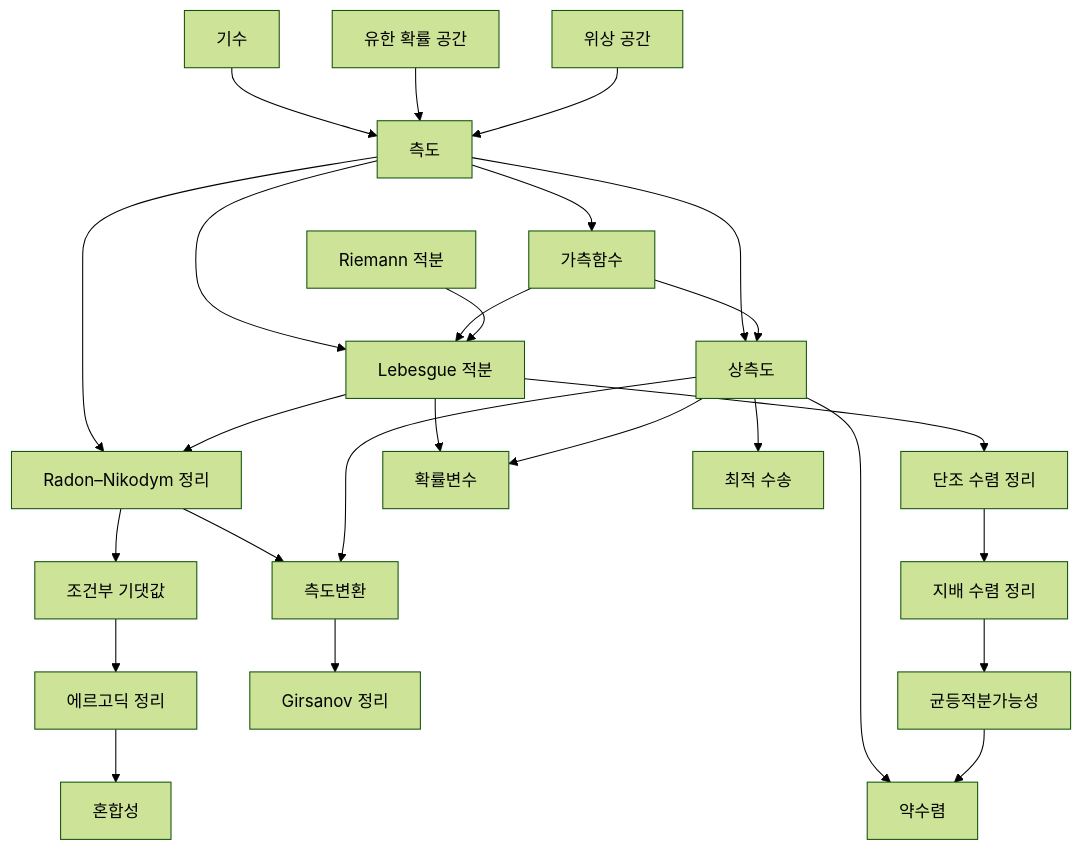
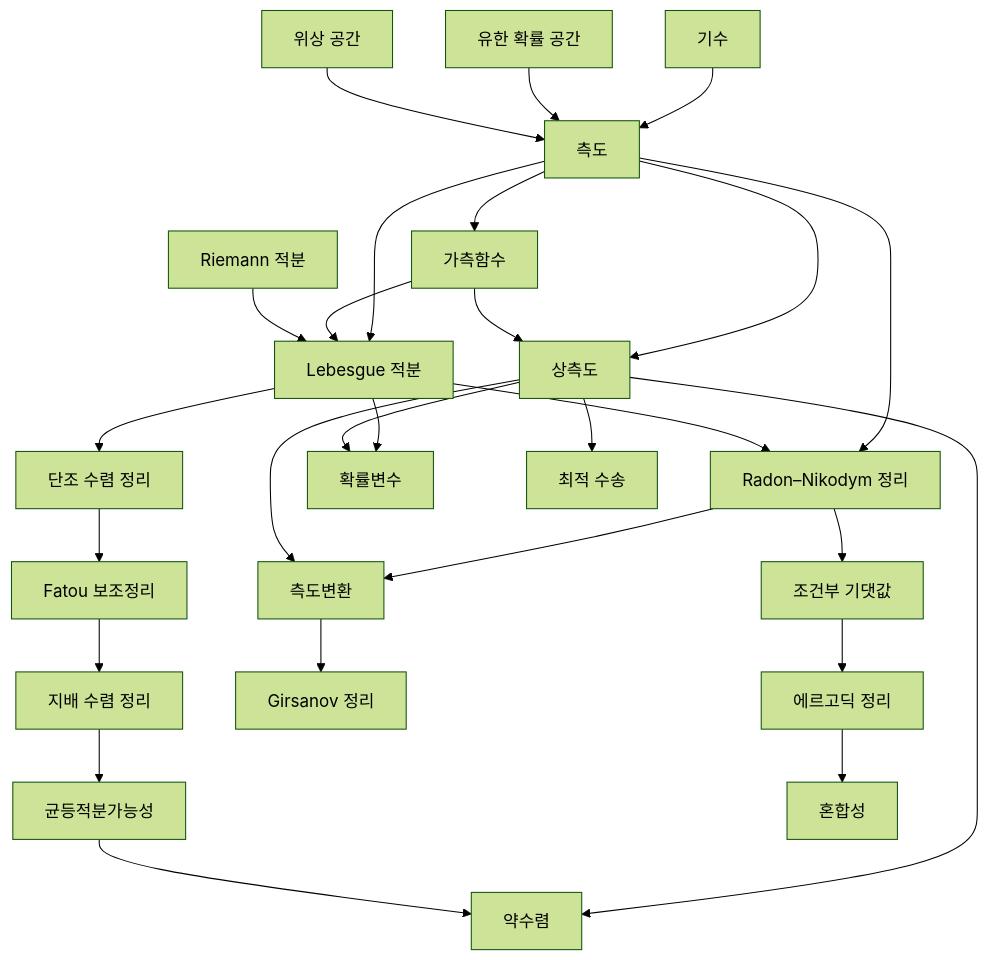
One commit to Phryxia/math-map changed the diagram in docs/measure-theory-overview.md. Above: the diagram before and after it, drawn with Mermaid (forest theme). The commit also changed other lines of this file and 10 other files, not shown here.

````diff
--- a/docs/measure-theory-overview.md
+++ b/docs/measure-theory-overview.md
@@ -11,28 +11,29 @@
 ```mermaid
 graph TD
   CA["기수"] --> ME["측도"]
   PR["유한 확률 공간"] --> ME
   TO["위상 공간"] --> ME
   ME --> MF["가측함수"]
   ME --> LI["Lebesgue 적분"]
   MF --> LI
   RI["Riemann 적분"] --> LI
   ME --> PM["상측도"]
   MF --> PM
   ME --> RN["Radon–Nikodym 정리"]
   LI --> RN
   LI --> MC["단조 수렴 정리"]
-  MC --> DC["지배 수렴 정리"]
+  MC --> FL["Fatou 보조정리"]
+  FL --> DC["지배 수렴 정리"]
   DC --> UI["균등적분가능성"]
   LI --> RV["확률변수"]
   PM --> RV
   PM --> WC["약수렴"]
   UI --> WC
   PM --> OT["최적 수송"]
   RN --> CM["측도변환"]
   PM --> CM
   RN --> CE["조건부 기댓값"]
   CM --> GS["Girsanov 정리"]
   CE --> ET["에르고딕 정리"]
   ET --> MX["혼합성"]
 ```
````
